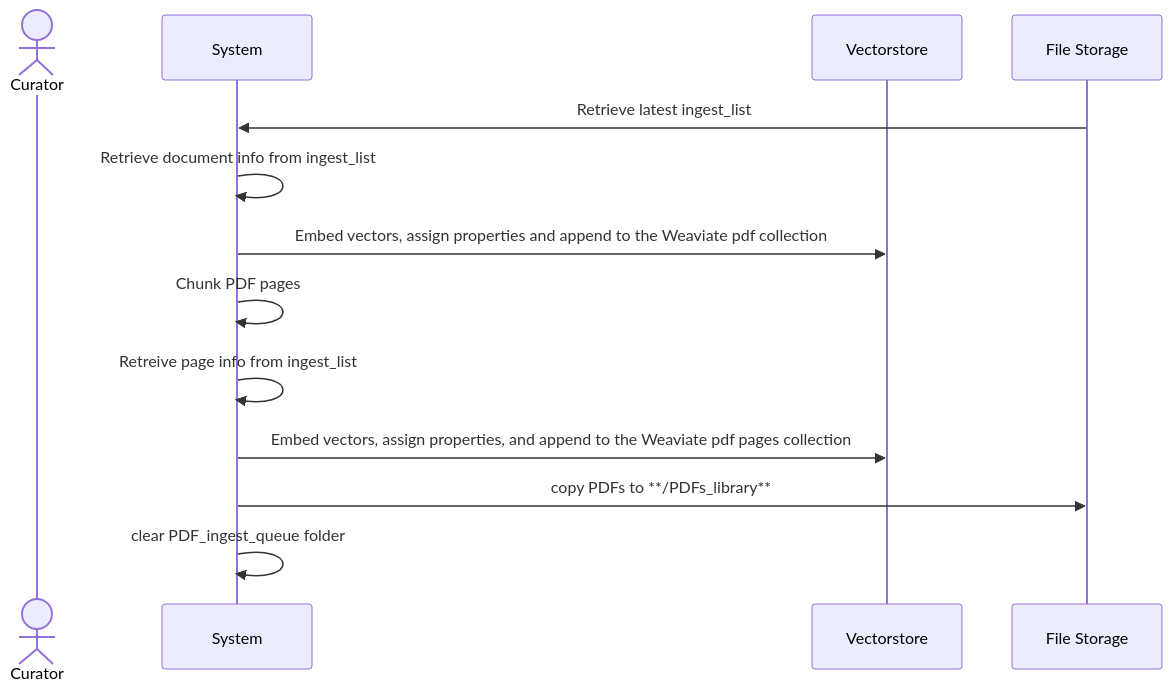
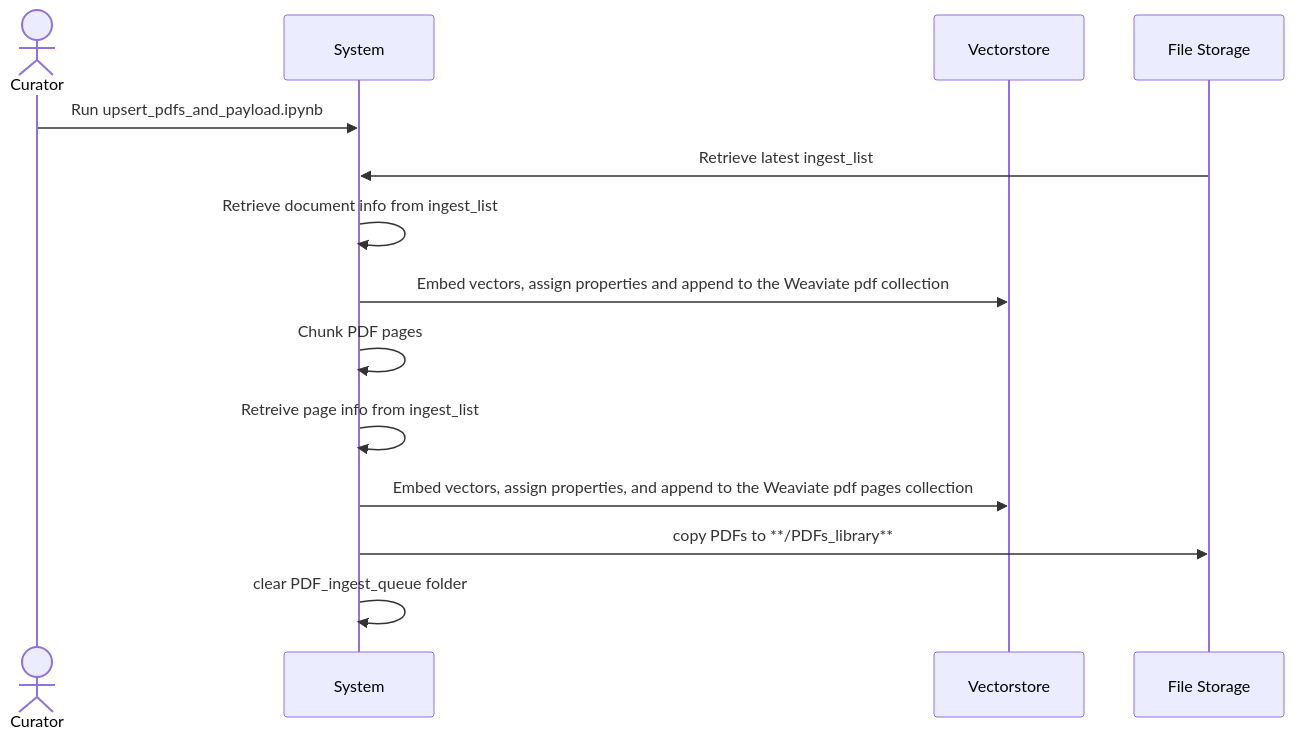
Before and after one commit to drew-wks/ASK: the second of 2 diagrams in docs/library_admin_processes.md, drawn with Mermaid. The commit also changed other lines of this file, not shown here.

Commit message:
additions to document admin md to indicate how code is manaully triggered

````diff
--- a/docs/library_admin_processes.md
+++ b/docs/library_admin_processes.md
@@ -28,15 +29,16 @@
 ```mermaid
 sequenceDiagram
     actor Curator
     participant System
     participant Vectorstore
 
+    Curator->>System: Run upsert_pdfs_and_payload.ipynb 
     File Storage->>System: Retrieve latest ingest_list
     System->>System: Retrieve document info from ingest_list
-    System->>Vectorstore: Embed vectors, assign properties and append to the Weaviate pdf  collection
+    System->>Vectorstore: Embed vectors, assign properties and append to the Weaviate pdf collection
     System->>System: Chunk PDF pages
     System->>System: Retreive page info from ingest_list
     System->>Vectorstore: Embed vectors, assign properties, and append to the Weaviate pdf pages collection
     System->>File Storage: copy PDFs to **/PDFs_library**
     System->>System: clear PDF_ingest_queue folder
 ```
````
